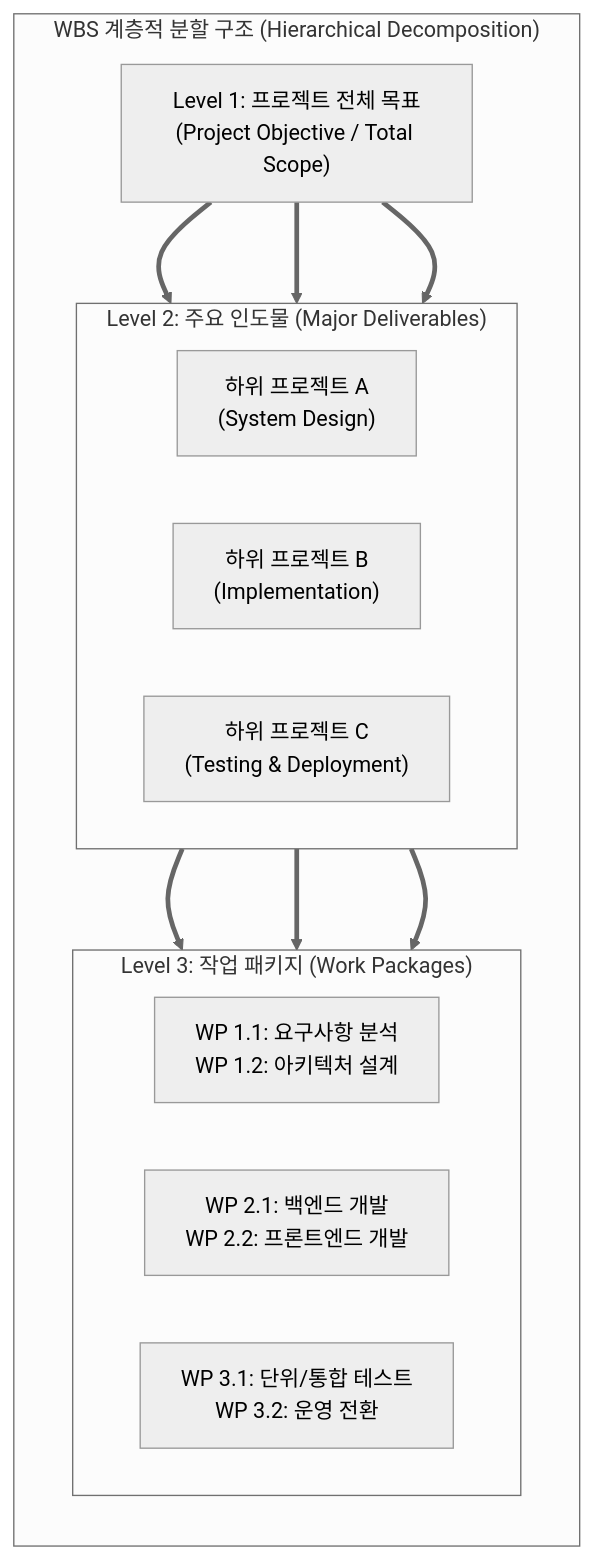
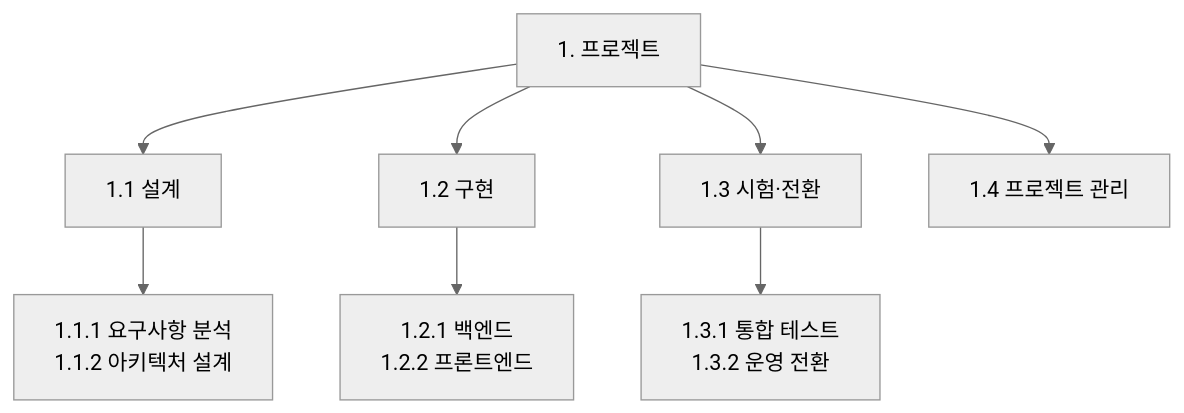
One commit to supremethumb/supremethumb.github.io changed the diagram in content/01_IT Tech/WBS.md. Above: the diagram before and after it, drawn with Mermaid (neutral theme). The commit also changed other lines of this file and 1087 other files, not shown here.

````diff
--- a/content/01_IT Tech/WBS.md
+++ b/content/01_IT Tech/WBS.md
@@ -25,27 +35,11 @@
 ```mermaid
 flowchart TB
-    subgraph WBS_Hierarchy["WBS 계층적 분할 구조 (Hierarchical Decomposition)"]
-        direction TB
-        L1["Level 1: 프로젝트 전체 목표<br/>(Project Objective / Total Scope)"]
-        
-        subgraph L2_Group["Level 2: 주요 인도물 (Major Deliverables)"]
-            direction LR
-            D1["하위 프로젝트 A<br/>(System Design)"]
-            D2["하위 프로젝트 B<br/>(Implementation)"]
-            D3["하위 프로젝트 C<br/>(Testing & Deployment)"]
-        end
-
-        subgraph L3_Group["Level 3: 작업 패키지 (Work Packages)"]
-            direction LR
-            WP1["WP 1.1: 요구사항 분석<br/>WP 1.2: 아키텍처 설계"]
-            WP2["WP 2.1: 백엔드 개발<br/>WP 2.2: 프론트엔드 개발"]
-            WP3["WP 3.1: 단위/통합 테스트<br/>WP 3.2: 운영 전환"]
-        end
-    end
-
-    L1 ==> D1 & D2 & D3
-    D1 ==> WP1
-    D2 ==> WP2
-    D3 ==> WP3
-
+    L1["1. 프로젝트"]
+    L1 --> D1["1.1 설계"]
+    L1 --> D2["1.2 구현"]
+    L1 --> D3["1.3 시험·전환"]
+    L1 --> D4["1.4 프로젝트 관리"]
+    D1 --> W1["1.1.1 요구사항 분석<br/>1.1.2 아키텍처 설계"]
+    D2 --> W2["1.2.1 백엔드<br/>1.2.2 프론트엔드"]
+    D3 --> W3["1.3.1 통합 테스트<br/>1.3.2 운영 전환"]
 ```
````
